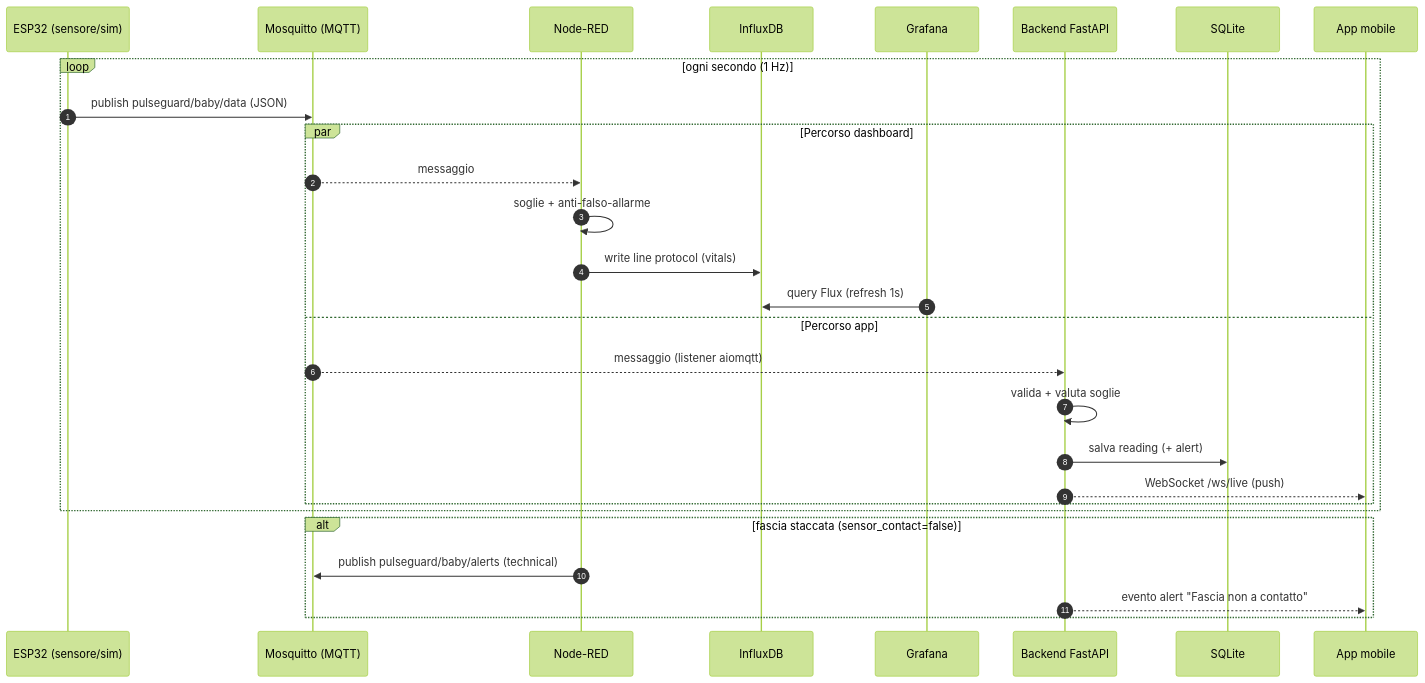
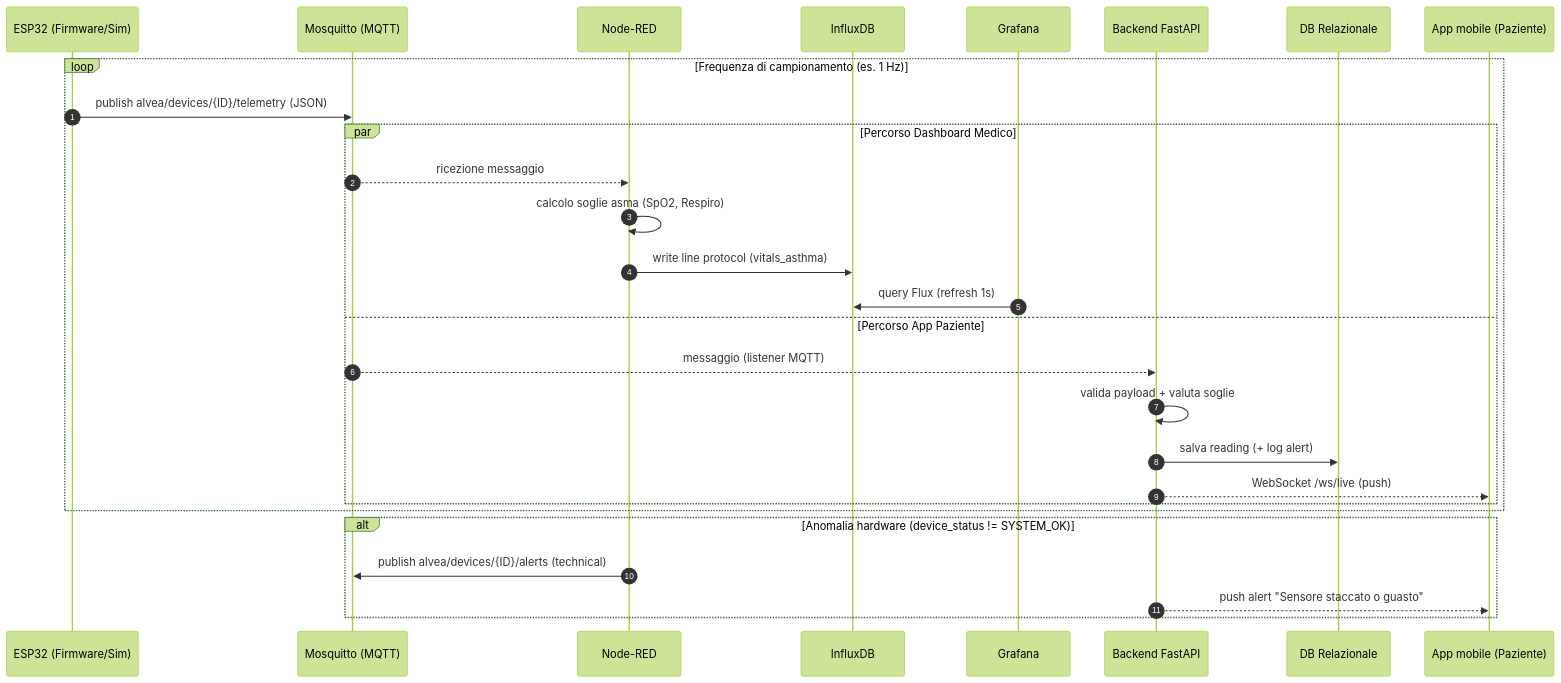
The first of 3 diagrams in docs/04-sequence.md (acrisci05/Alvea), drawn with Mermaid (forest theme) before and after one commit. The commit also changed other lines of this file, not shown here.

````diff
--- a/docs/04-sequence.md
+++ b/docs/04-sequence.md
@@ -5,32 +5,32 @@
 ```mermaid
 sequenceDiagram
     autonumber
-    participant ESP as ESP32 (sensore/sim)
+    participant ESP as ESP32 (Firmware/Sim)
     participant MQ as Mosquitto (MQTT)
     participant NR as Node-RED
     participant DB as InfluxDB
     participant GF as Grafana
     participant BE as Backend FastAPI
-    participant SQ as SQLite
-    participant APP as App mobile
+    participant SQ as DB Relazionale
+    participant APP as App mobile (Paziente)
 
-    loop ogni secondo (1 Hz)
-        ESP->>MQ: publish pulseguard/baby/data (JSON)
-        par Percorso dashboard
-            MQ-->>NR: messaggio
-            NR->>NR: soglie + anti-falso-allarme
-            NR->>DB: write line protocol (vitals)
+    loop Frequenza di campionamento (es. 1 Hz)
+        ESP->>MQ: publish alvea/devices/{ID}/telemetry (JSON)
+        par Percorso Dashboard Medico
+            MQ-->>NR: ricezione messaggio
+            NR->>NR: calcolo soglie asma (SpO2, Respiro)
+            NR->>DB: write line protocol (vitals_asthma)
             GF->>DB: query Flux (refresh 1s)
-        and Percorso app
-            MQ-->>BE: messaggio (listener aiomqtt)
-            BE->>BE: valida + valuta soglie
-            BE->>SQ: salva reading (+ alert)
+        and Percorso App Paziente
+            MQ-->>BE: messaggio (listener MQTT)
+            BE->>BE: valida payload + valuta soglie
+            BE->>SQ: salva reading (+ log alert)
             BE-->>APP: WebSocket /ws/live (push)
         end
     end
 
-    alt fascia staccata (sensor_contact=false)
-        NR->>MQ: publish pulseguard/baby/alerts (technical)
-        BE-->>APP: evento alert "Fascia non a contatto"
+    alt Anomalia hardware (device_status != SYSTEM_OK)
+        NR->>MQ: publish alvea/devices/{ID}/alerts (technical)
+        BE-->>APP: push alert "Sensore staccato o guasto"
     end
 ```
````
